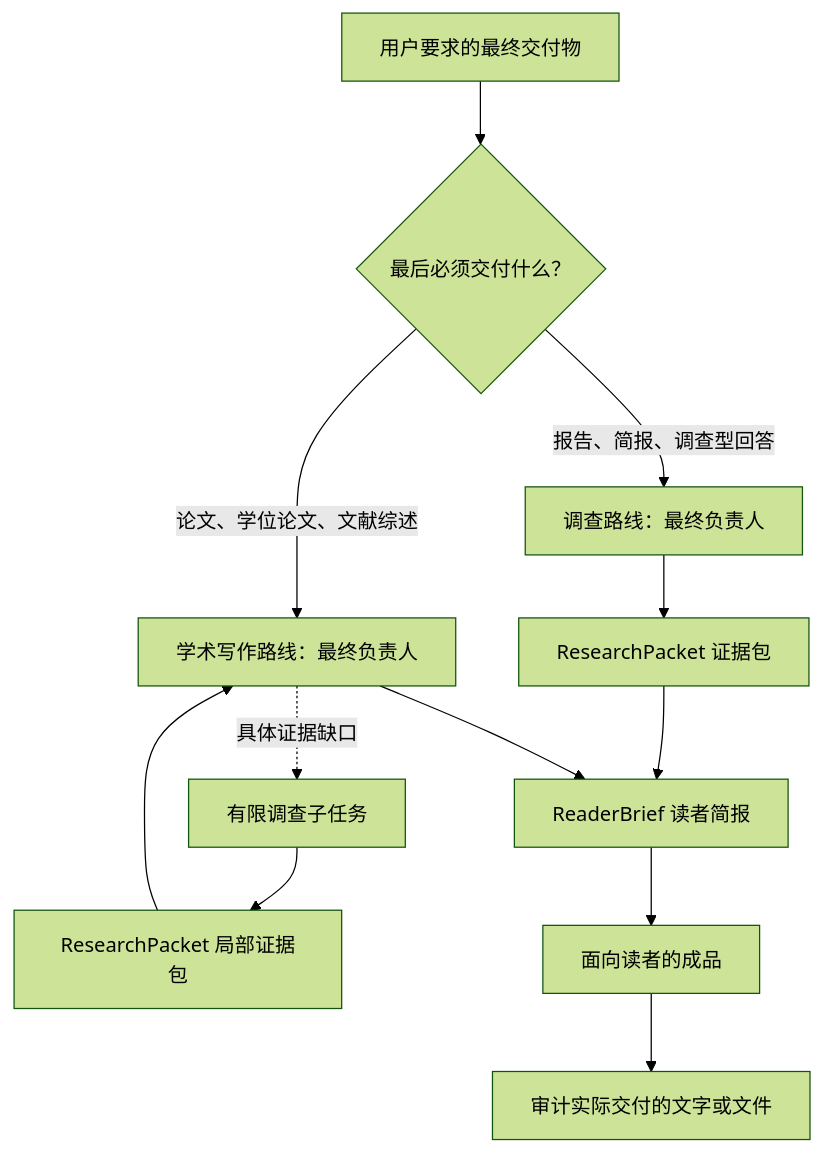
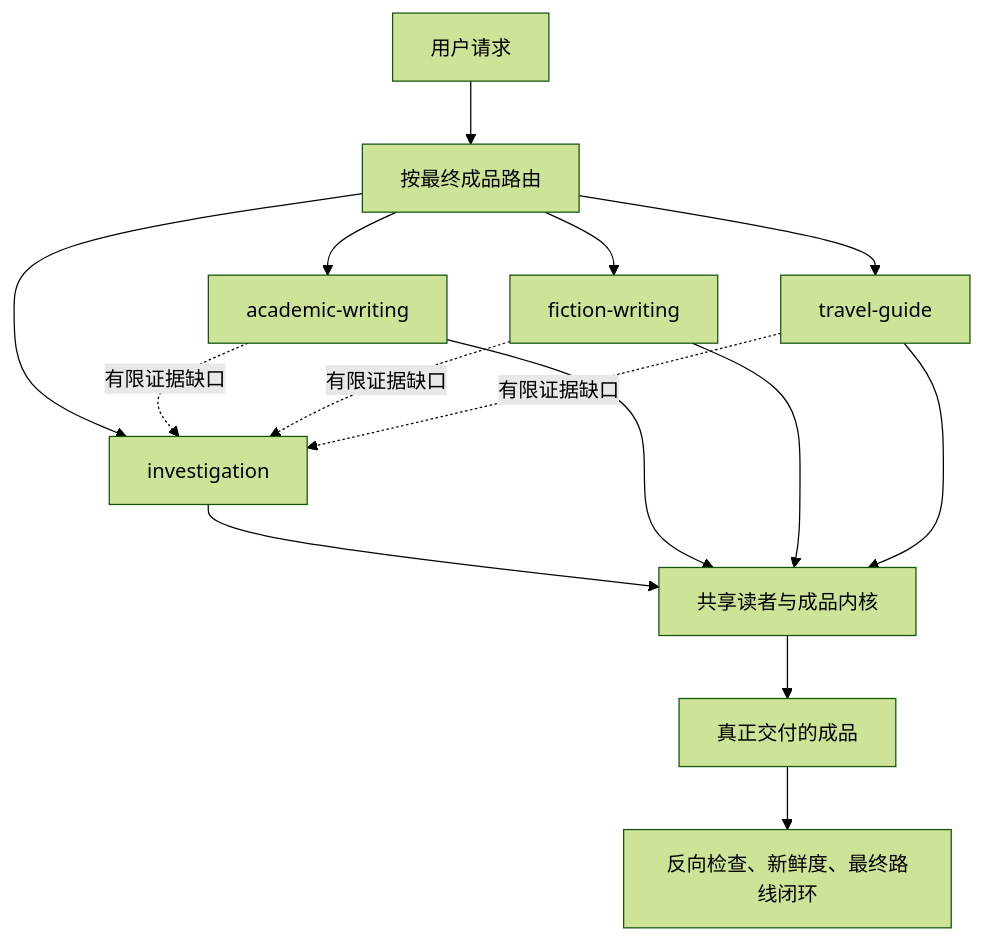
The diagram in README.zh-CN.md (liuyingxuvka/LogicWriting), drawn with Mermaid (forest theme) before and after one commit. The commit also changed other lines of this file and 484 other files, not shown here.

````diff
--- a/README.zh-CN.md
+++ b/README.zh-CN.md
@@ -47,14 +83,14 @@
 ```mermaid
 flowchart TD
-    A["用户要求的最终交付物"] --> R{"最后必须交付什么？"}
-    R -->|"报告、简报、调查型回答"| I["调查路线：最终负责人"]
-    R -->|"论文、学位论文、文献综述"| W["学术写作路线：最终负责人"]
-    W -. "具体证据缺口" .-> C["有限调查子任务"]
-    C --> PS["ResearchPacket 局部证据包"]
-    PS --> W
-    I --> P["ResearchPacket 证据包"]
-    P --> B["ReaderBrief 读者简报"]
-    W --> B
-    B --> O["面向读者的成品"]
-    O --> Q["审计实际交付的文字或文件"]
+    U["用户请求"] --> R["按最终成品路由"]
+    R --> I["investigation"]
+    R --> A["academic-writing"]
+    R --> F["fiction-writing"]
+    R --> T["travel-guide"]
+    I & A & F & T --> K["共享读者与成品内核"]
+    K --> X["真正交付的成品"]
+    X --> V["反向检查、新鲜度、最终路线闭环"]
+    A -. "有限证据缺口" .-> I
+    F -. "有限证据缺口" .-> I
+    T -. "有限证据缺口" .-> I
 ```
````
